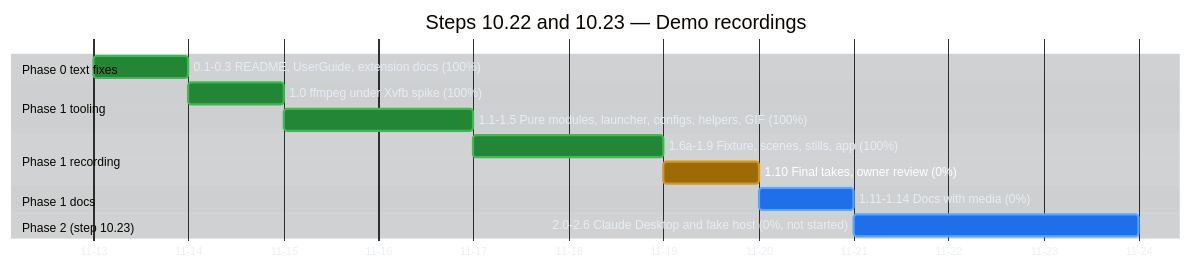
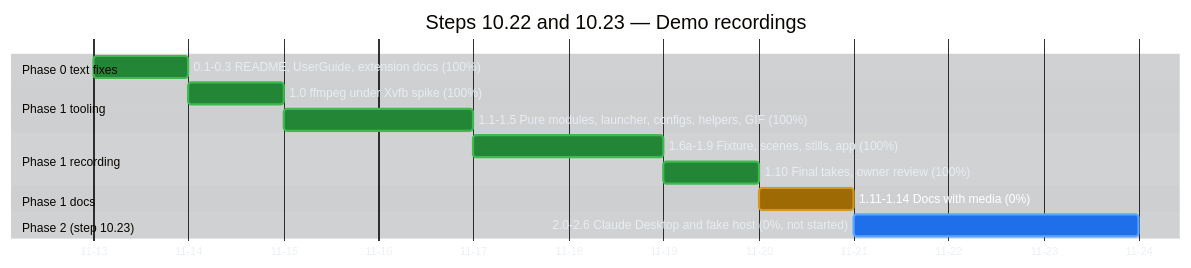
The second of 5 diagrams in docs/implementation-plan-gantt.md (raulkivi/agent-cost-analyzer), drawn with Mermaid before and after one commit. The commit also changed other lines of this file and 1 other file, not shown here.

Commit message:
docs(10.22): 1.10 done; 18 of 22 tasks

````diff
--- a/docs/implementation-plan-gantt.md
+++ b/docs/implementation-plan-gantt.md
@@ -139,51 +139,51 @@
 ```mermaid
 %%{init: {
   "theme": "base",
   "themeVariables": {
     "darkMode": true,
     "background": "#0d1117",
     "textColor": "#e6edf3",
     "primaryTextColor": "#e6edf3",
     "lineColor": "#8b949e",
     "sectionBkgColor": "#161b22",
     "sectionBkgColor2": "#1c2129",
     "altSectionBkgColor": "#0d1117",
     "gridColor": "#30363d",
     "excludeBkgColor": "#161b22",
     "todayLineColor": "#f85149",
     "taskBkgColor": "#1f6feb",
     "taskBorderColor": "#58a6ff",
     "taskTextColor": "#ffffff",
     "taskTextLightColor": "#ffffff",
     "taskTextDarkColor": "#ffffff",
     "taskTextOutsideColor": "#e6edf3",
     "doneTaskBkgColor": "#238636",
     "doneTaskBorderColor": "#3fb950",
     "activeTaskBkgColor": "#9e6a03",
     "activeTaskBorderColor": "#d29922",
     "critBkgColor": "#da3633",
     "critBorderColor": "#f85149"
   }
 }}%%
 gantt
     title Steps 10.22 and 10.23 — Demo recordings
     dateFormat YYYY-MM-DD
     axisFormat %m-%d
 
     section Phase 0 text fixes
     0.1-0.3 README, UserGuide, extension docs (100%) :done, d0, 2026-11-13, 1d
 
     section Phase 1 tooling
     1.0 ffmpeg under Xvfb spike (100%)              :done, d10, after d0, 1d
     1.1-1.5 Pure modules, launcher, configs, helpers, GIF (100%) :done, d11, after d10, 2d
 
     section Phase 1 recording
     1.6a-1.9 Fixture, scenes, stills, app (100%)    :done, d16, after d11, 2d
-    1.10 Final takes, owner review (0%)            :active, d110, after d16, 1d
+    1.10 Final takes, owner review (100%)          :done, d110, after d16, 1d
 
     section Phase 1 docs
-    1.11-1.14 Docs with media (0%)                 :d111, after d110, 1d
+    1.11-1.14 Docs with media (0%)                 :active, d111, after d110, 1d
 
     section Phase 2 (step 10.23)
     2.0-2.6 Claude Desktop and fake host (0%, not started) :d20, after d111, 3d
 ```
````
